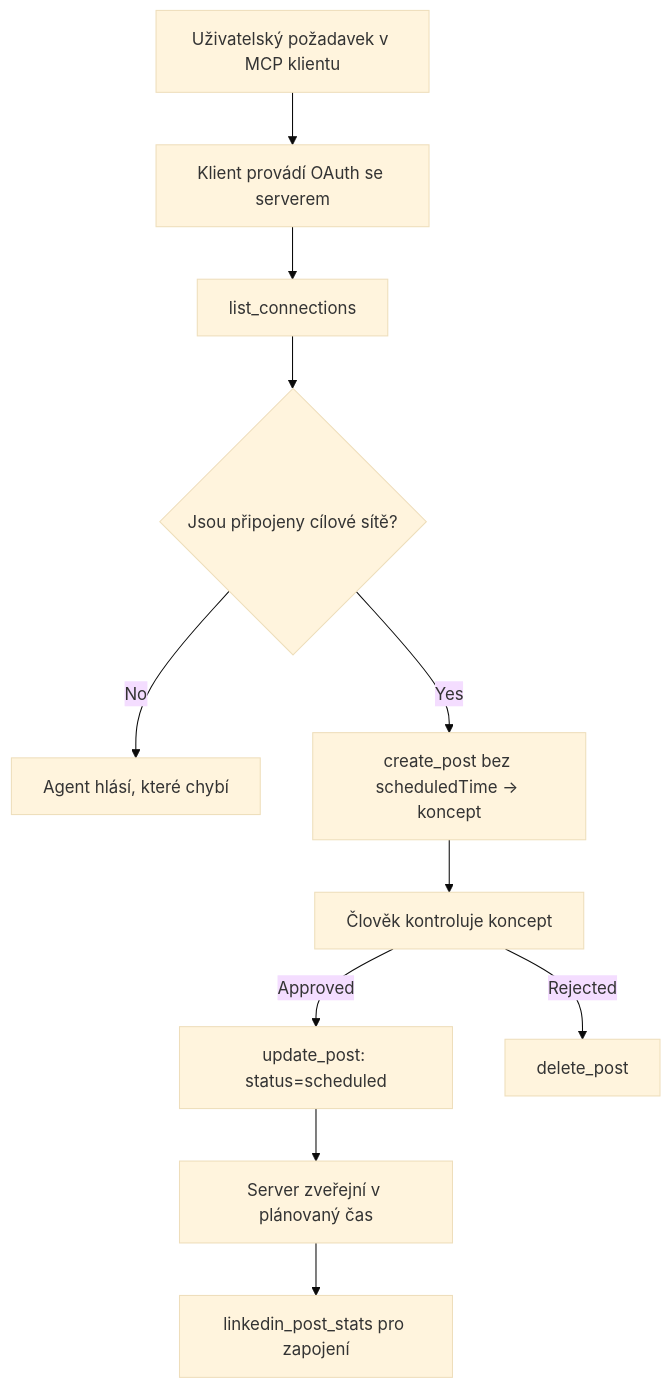
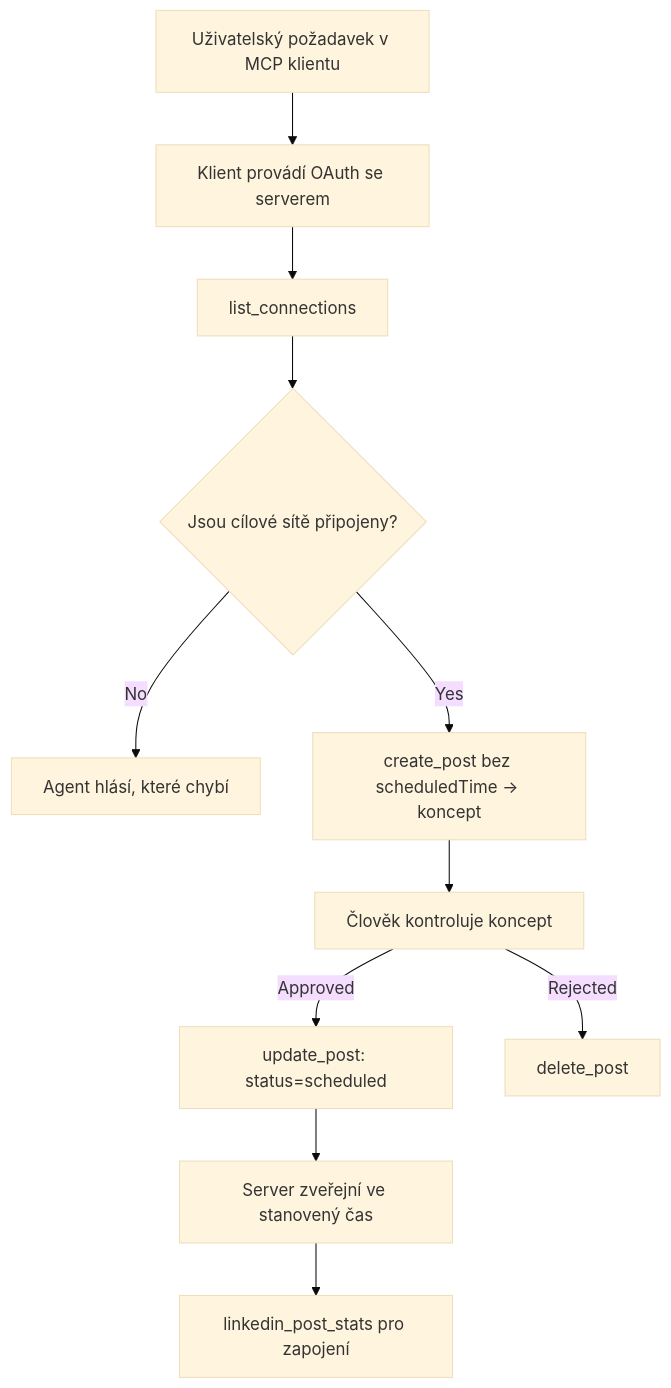
One commit to microsoft/mcp-for-beginners changed the diagram in translations/cs/09-CaseStudy/publora-social-publishing.md. Above: the diagram before and after it, drawn with Mermaid (base theme). The commit also changed other lines of this file and 140 other files, not shown here.

````diff
--- a/translations/cs/09-CaseStudy/publora-social-publishing.md
+++ b/translations/cs/09-CaseStudy/publora-social-publishing.md
@@ -47,13 +47,13 @@
 ```mermaid
 flowchart TD
     A[Uživatelský požadavek v MCP klientu] --> B[Klient provádí OAuth se serverem]
     B --> C[list_connections]
-    C --> D{Jsou připojeny cílové sítě?}
+    C --> D{Jsou cílové sítě připojeny?}
     D -- No --> E[Agent hlásí, které chybí]
     D -- Yes --> F[create_post bez scheduledTime -> koncept]
     F --> G[Člověk kontroluje koncept]
     G -- Approved --> H[update_post: status=scheduled]
     G -- Rejected --> I[delete_post]
-    H --> J[Server zveřejní v plánovaný čas]
+    H --> J[Server zveřejní ve stanovený čas]
     J --> K[linkedin_post_stats pro zapojení]
 ```
````
